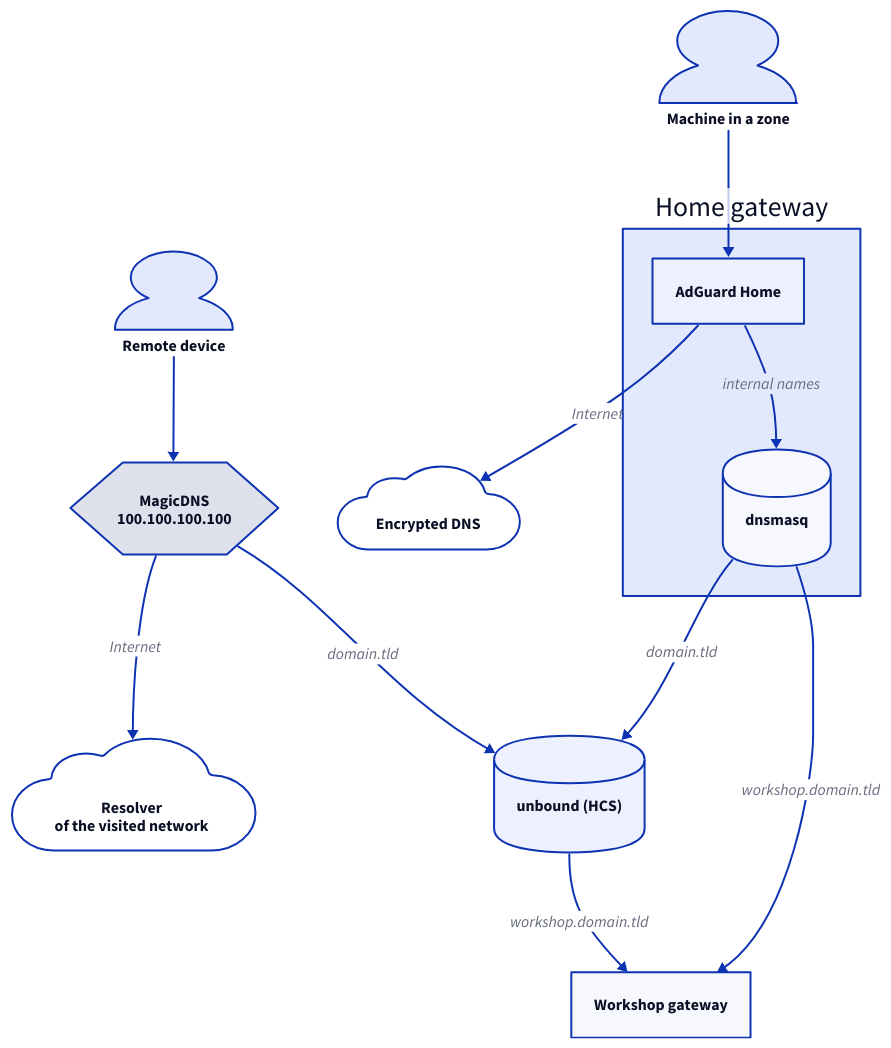
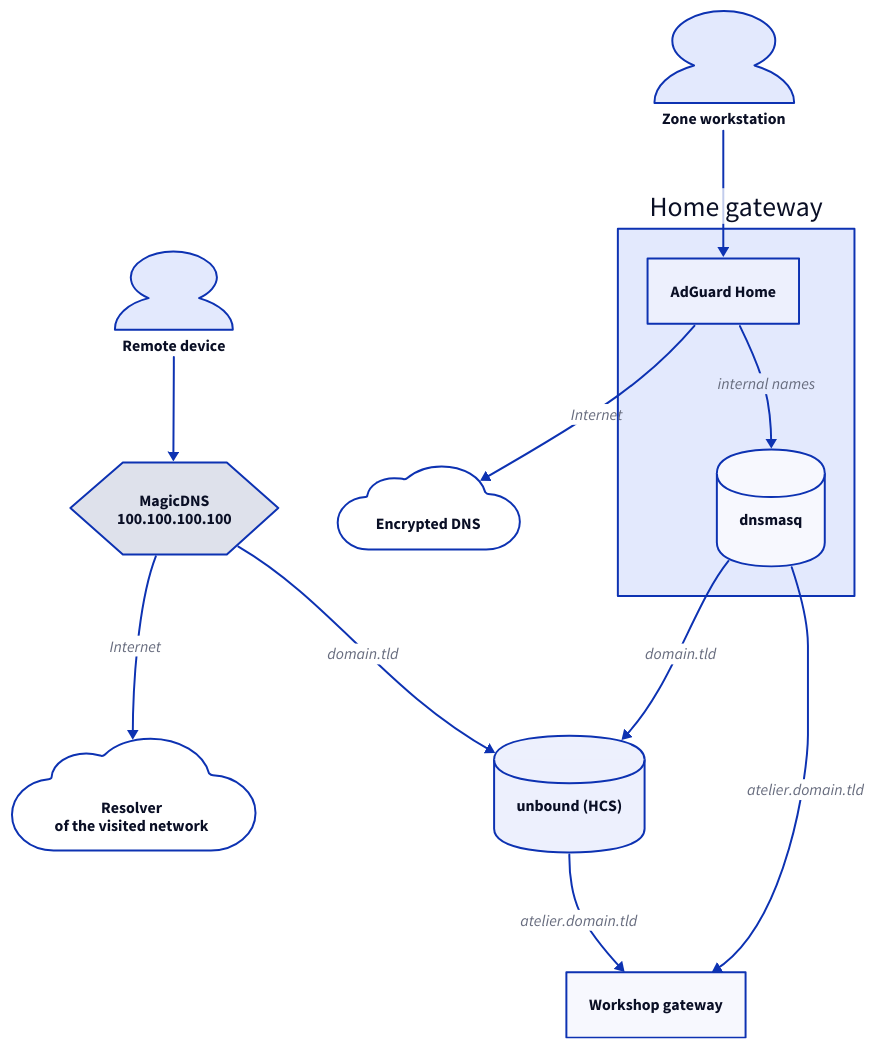
The third of 5 diagrams in src/content/docs/en/doc/admin-guide/understand/tailnet.mdx (darkone-linux/dnf-doc), drawn with D2 before and after one commit. The commit also changed other lines of this file and 17 other files, not shown here.

````diff
--- a/src/content/docs/en/doc/admin-guide/understand/tailnet.mdx
+++ b/src/content/docs/en/doc/admin-guide/understand/tailnet.mdx
@@ -148,28 +148,28 @@
 ```d2
 style.fill: transparent
 direction: down
 
-pc: Machine in a zone { shape: person }
+pc: Zone workstation { shape: person }
 remote: Remote device { shape: person }
 
 gw: Home gateway {
   agh: AdGuard Home
   dnsmasq: dnsmasq { shape: cylinder }
   agh -> dnsmasq: internal names
 }
 
 magic: MagicDNS\n100.100.100.100 { shape: hexagon }
 unbound: unbound (HCS) { shape: cylinder }
 peer: Workshop gateway
 upstream: Encrypted DNS { shape: cloud }
 visited: Resolver\nof the visited network { shape: cloud }
 
 pc -> gw.agh
 remote -> magic
 gw.agh -> upstream: Internet
-gw.dnsmasq -> peer: workshop.domain.tld
+gw.dnsmasq -> peer: atelier.domain.tld
 gw.dnsmasq -> unbound: domain.tld
 magic -> unbound: domain.tld
 magic -> visited: Internet
-unbound -> peer: workshop.domain.tld
+unbound -> peer: atelier.domain.tld
 ```
````
